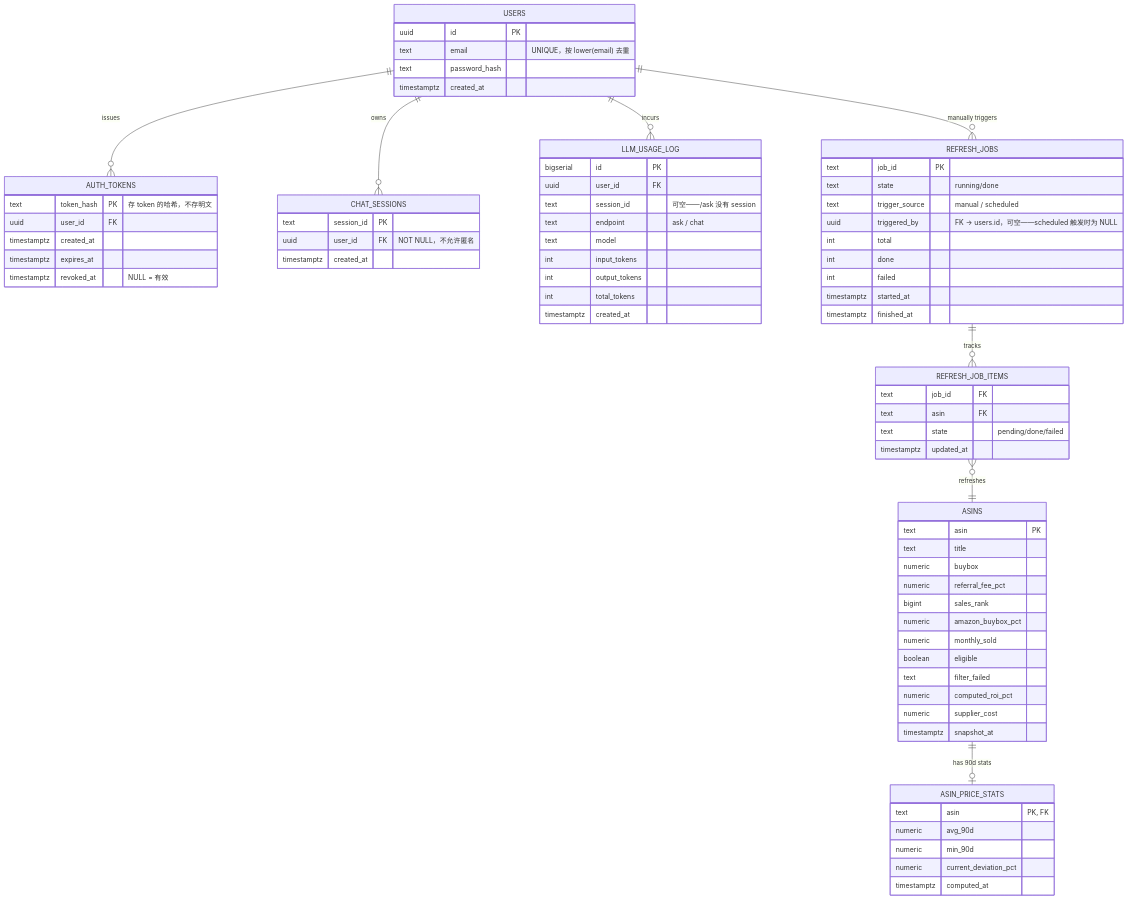
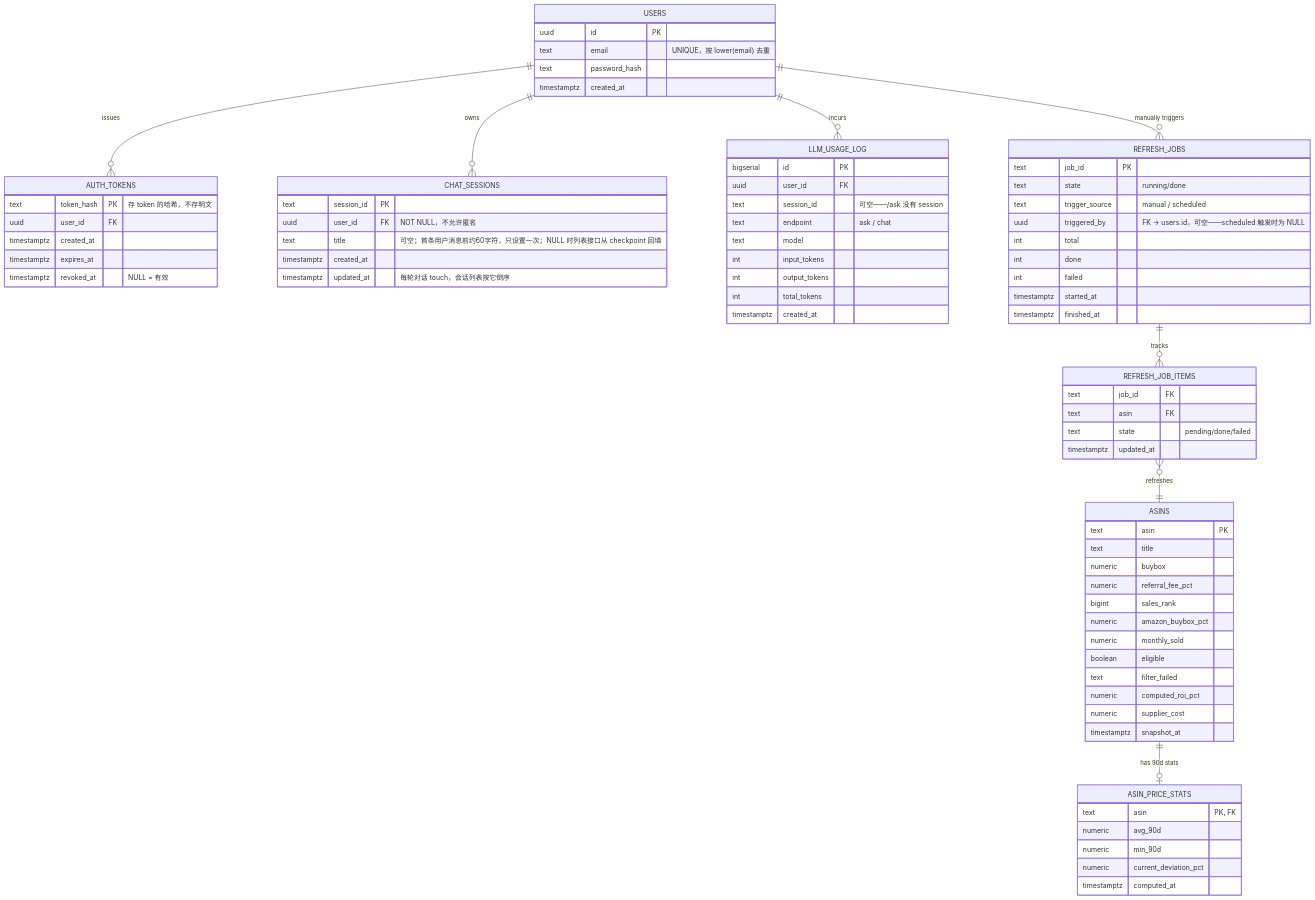
One commit to LURENYUANSHI/keepa_scout_challenge changed the second of 7 diagrams in ARCHITECTURE.md. Above: the diagram before and after it, drawn with Mermaid. The commit also changed other lines of this file, not shown here.

First line of the commit message:
docs: bring ARCHITECTURE diagrams up to date, paper-figure format

````diff
--- a/ARCHITECTURE.md
+++ b/ARCHITECTURE.md
@@ -59,78 +65,80 @@
 ```mermaid
 erDiagram
     USERS ||--o{ AUTH_TOKENS : "issues"
     USERS ||--o{ CHAT_SESSIONS : "owns"
     USERS ||--o{ LLM_USAGE_LOG : "incurs"
     USERS ||--o{ REFRESH_JOBS : "manually triggers"
     REFRESH_JOBS ||--o{ REFRESH_JOB_ITEMS : "tracks"
     ASINS ||--o| ASIN_PRICE_STATS : "has 90d stats"
     REFRESH_JOB_ITEMS }o--|| ASINS : "refreshes"
 
     USERS {
         uuid id PK
         text email "UNIQUE，按 lower(email) 去重"
         text password_hash
         timestamptz created_at
     }
     AUTH_TOKENS {
         text token_hash PK "存 token 的哈希，不存明文"
         uuid user_id FK
         timestamptz created_at
         timestamptz expires_at
         timestamptz revoked_at "NULL = 有效"
     }
     CHAT_SESSIONS {
         text session_id PK
         uuid user_id FK "NOT NULL，不允许匿名"
+        text title "可空；首条用户消息前约60字符，只设置一次；NULL 时列表接口从 checkpoint 回填"
         timestamptz created_at
+        timestamptz updated_at "每轮对话 touch，会话列表按它倒序"
     }
     LLM_USAGE_LOG {
         bigserial id PK
         uuid user_id FK
         text session_id "可空——/ask 没有 session"
         text endpoint "ask / chat"
         text model
         int input_tokens
         int output_tokens
         int total_tokens
         timestamptz created_at
     }
     ASINS {
         text asin PK
         text title
         numeric buybox
         numeric referral_fee_pct
         bigint sales_rank
         numeric amazon_buybox_pct
         numeric monthly_sold
         boolean eligible
         text filter_failed
         numeric computed_roi_pct
         numeric supplier_cost
         timestamptz snapshot_at
     }
     ASIN_PRICE_STATS {
         text asin "PK, FK"
         numeric avg_90d
         numeric min_90d
         numeric current_deviation_pct
         timestamptz computed_at
     }
     REFRESH_JOBS {
         text job_id PK
         text state "running/done"
         text trigger_source "manual / scheduled"
         uuid triggered_by "FK -> users.id，可空——scheduled 触发时为 NULL"
         int total
         int done
         int failed
         timestamptz started_at
         timestamptz finished_at
     }
     REFRESH_JOB_ITEMS {
         text job_id FK
         text asin FK
         text state "pending/done/failed"
         timestamptz updated_at
     }
 ```
````
